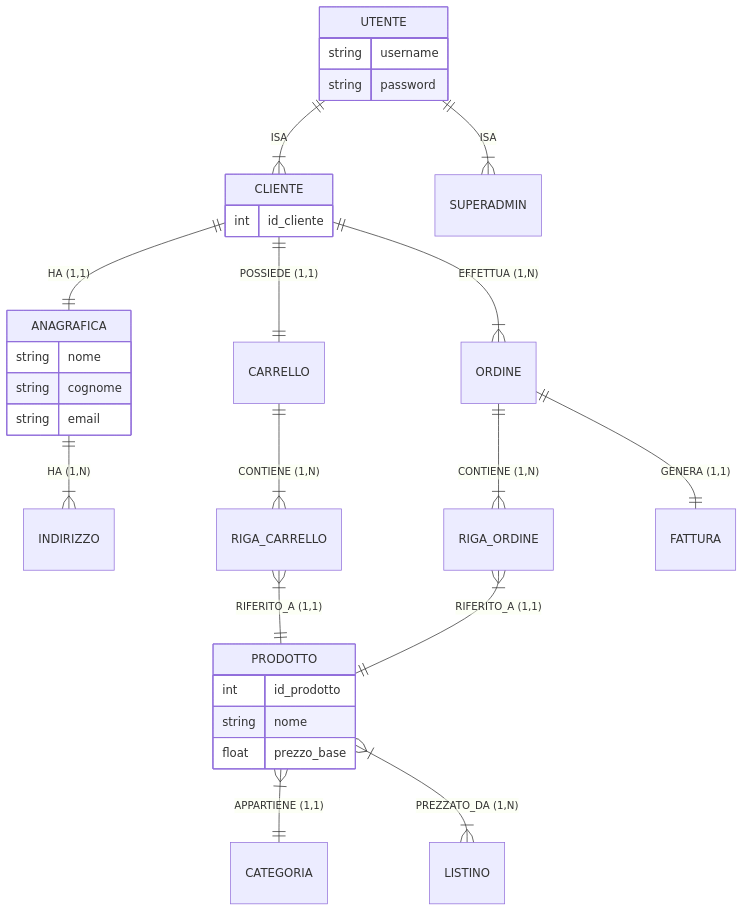
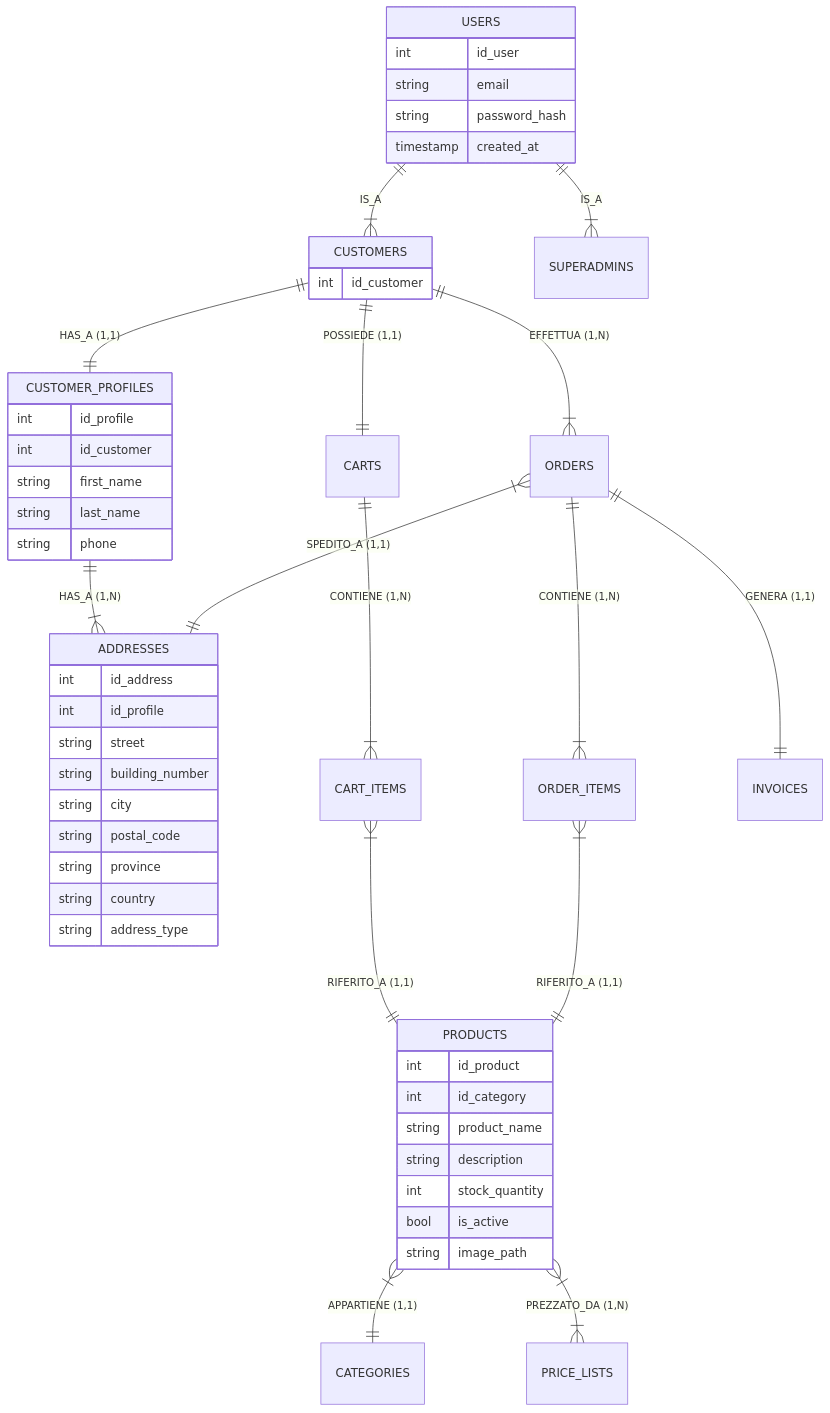
The diagram in doc/ERD.md (ddritis/radioshop), drawn with Mermaid before and after one commit. The commit also changed 6 other files, not shown here.

Commit message:
Updated DB, added a new relation, fixed DB schemes, fixed mermaid scheme.

````diff
--- a/doc/ERD.md
+++ b/doc/ERD.md
@@ -1,50 +1,72 @@
 ```mermaid
 erDiagram
     %% Gerarchia Utente
-    UTENTE ||--|{ CLIENTE : "ISA"
-    UTENTE ||--|{ SUPERADMIN : "ISA"
+    USERS ||--|{ CUSTOMERS : "IS_A"
+    USERS ||--|{ SUPERADMINS : "IS_A"
 
-    %% Relazioni Anagrafica e Indirizzo
-    CLIENTE ||--|| ANAGRAFICA : "HA (1,1)"
-    ANAGRAFICA ||--|{ INDIRIZZO : "HA (1,N)"
+    %% Relazioni Anagrafica (CUSTOMER_PROFILES) e Indirizzo (ADDRESSES)
+    CUSTOMERS ||--|| CUSTOMER_PROFILES : "HAS_A (1,1)"
+    CUSTOMER_PROFILES ||--|{ ADDRESSES : "HAS_A (1,N)"
 
     %% Processo d'Acquisto
-    CLIENTE ||--|| CARRELLO : "POSSIEDE (1,1)"
-    CLIENTE ||--|{ ORDINE : "EFFETTUA (1,N)"
+    CUSTOMERS ||--|| CARTS : "POSSIEDE (1,1)"
+    CUSTOMERS ||--|{ ORDERS : "EFFETTUA (1,N)"
     
-    %% Composizione Carrello e Ordine
-    CARRELLO ||--|{ RIGA_CARRELLO : "CONTIENE (1,N)"
-    ORDINE ||--|{ RIGA_ORDINE : "CONTIENE (1,N)"
+    %% Composizione CARTS e ORDERS
+    CARTS ||--|{ CART_ITEMS: "CONTIENE (1,N)"
+    ORDERS ||--|{ ORDER_ITEMS : "CONTIENE (1,N)"
     
     %% Fatturazione
-    ORDINE ||--|| FATTURA : "GENERA (1,1)"
+    ORDERS ||--|| INVOICES : "GENERA (1,1)"
 
-    %% Relazioni con Prodotto
-    RIGA_CARRELLO }|--|| PRODOTTO : "RIFERITO_A (1,1)"
-    RIGA_ORDINE }|--|| PRODOTTO : "RIFERITO_A (1,1)"
+    %% Relazioni con PRODUCTS
+    CART_ITEMS }|--|| PRODUCTS : "RIFERITO_A (1,1)"
+    ORDER_ITEMS }|--|| PRODUCTS : "RIFERITO_A (1,1)"
     
     %% Catalogo e Listini
-    PRODOTTO }|--|| CATEGORIA : "APPARTIENE (1,1)"
-    PRODOTTO }|--|{ LISTINO : "PREZZATO_DA (1,N)"
+    PRODUCTS }|--|| CATEGORIES : "APPARTIENE (1,1)"
+    PRODUCTS }|--|{ PRICE_LISTS : "PREZZATO_DA (1,N)"
 
-    UTENTE {
-        string username
-        string password
+    ORDERS }|--|| ADDRESSES : "SPEDITO_A (1,1)"
+    
+   USERS {
+    int id_user
+    string email
+    string password_hash
+    timestamp created_at
     }
 
-    CLIENTE {
-        int id_cliente
+    CUSTOMERS {
+        int id_customer
     }
 
-    ANAGRAFICA {
-        string nome
-        string cognome
-        string email
-    }
+    CUSTOMER_PROFILES {
+    int id_profile
+    int id_customer
+    string first_name
+    string last_name
+    string phone
+}
 
-    PRODOTTO {
-        int id_prodotto
-        string nome
-        float prezzo_base
-    }
+ PRODUCTS {
+    int id_product
+    int id_category
+    string product_name
+    string description
+    int stock_quantity
+    bool is_active
+    string image_path
+}
+
+    ADDRESSES {
+    int id_address
+    int id_profile
+    string street
+    string building_number
+    string city
+    string postal_code
+    string province
+    string country
+    string address_type
+}
 ```
````
